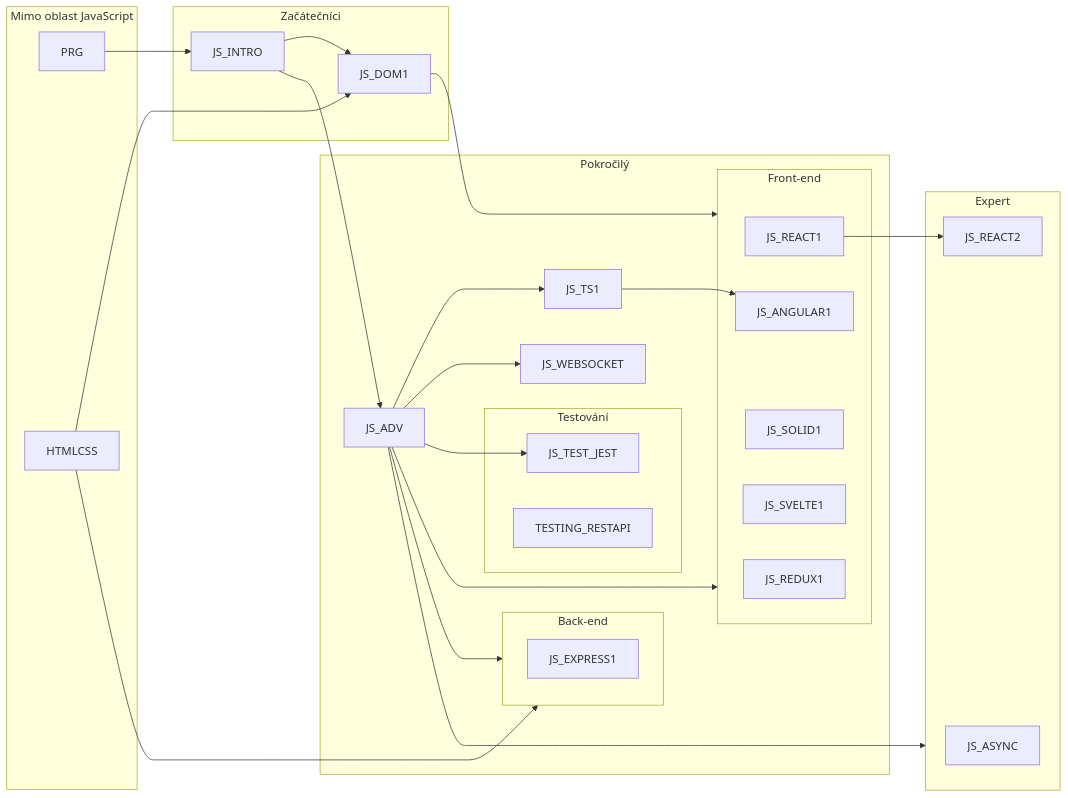
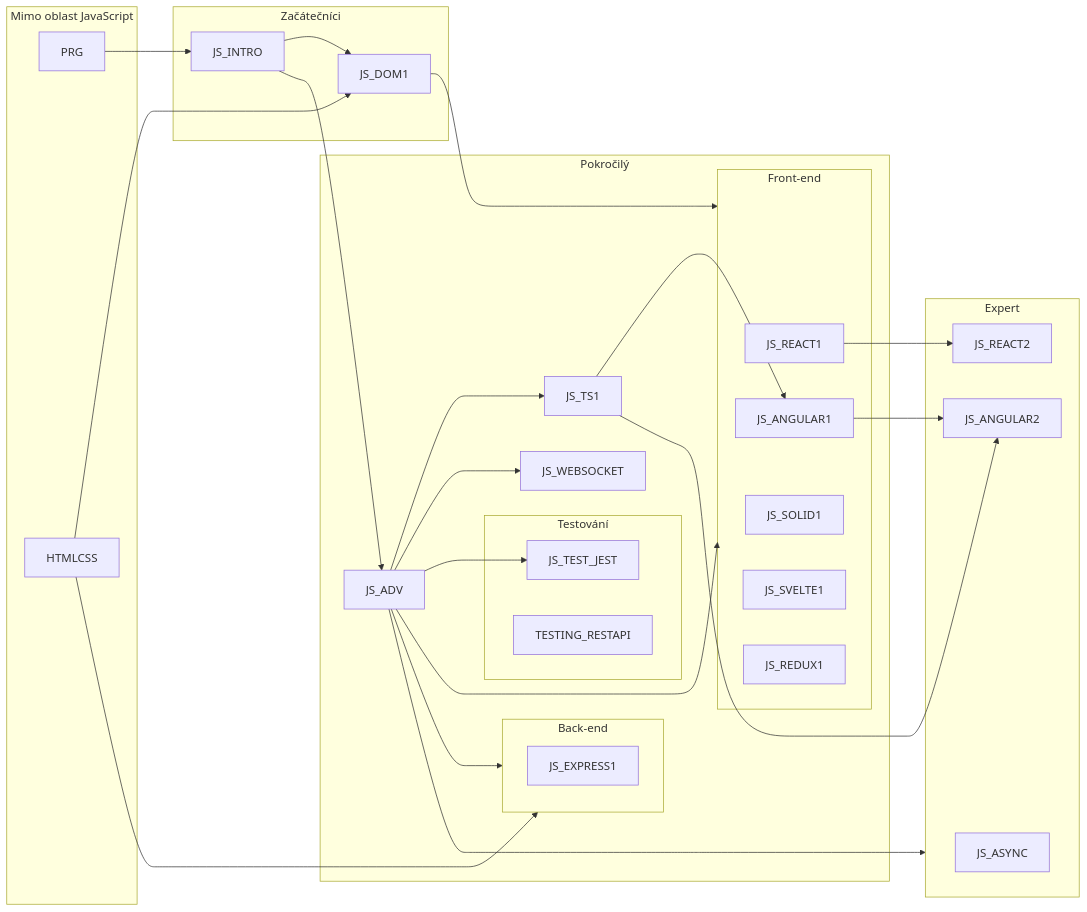
One commit to mbradic/gopas-osnovy changed the diagram in map.md. Above: the diagram before and after it, drawn with Mermaid. The commit also changed 1 other file, not shown here.

Commit message:
Přidán JS_ANGULAR2

````diff
--- a/map.md
+++ b/map.md
@@ -3,57 +3,60 @@
 ```mermaid
 graph LR
     subgraph Mimo oblast JavaScript
         PRG
         HTMLCSS
     end
     subgraph Začátečníci
         JS_INTRO
         JS_DOM1
     end
     subgraph Pokročilý
         JS_ADV
         JS_TS1
         subgraph Front-end
             JS_REACT1
             JS_ANGULAR1
             JS_SOLID1
             JS_SVELTE1
             JS_REDUX1            
         end
         subgraph Back-end
             JS_EXPRESS1
         end
         subgraph Testování
             JS_TEST_JEST
             TESTING_RESTAPI
         end
         JS_WEBSOCKET
     end
     subgraph Expert
         JS_ASYNC
         JS_REACT2
+        JS_ANGULAR2
     end
 
     PRG --> JS_INTRO
     HTMLCSS --> JS_DOM1
     
     JS_DOM1 --> Front-end
     JS_ADV  --> Front-end
 
     HTMLCSS --> Back-end
     JS_ADV  --> Back-end
     
     JS_ADV --> Expert
     
     JS_INTRO --> JS_DOM1
     JS_INTRO --> JS_ADV
     
     JS_ADV --> JS_TS1
     JS_TS1 --> JS_ANGULAR1
     
     JS_ADV --> JS_WEBSOCKET
 
     JS_ADV --> JS_TEST_JEST
 
     JS_REACT1 --> JS_REACT2
+    JS_TS1 --> JS_ANGULAR2
+    JS_ANGULAR1 --> JS_ANGULAR2
 ```
````
